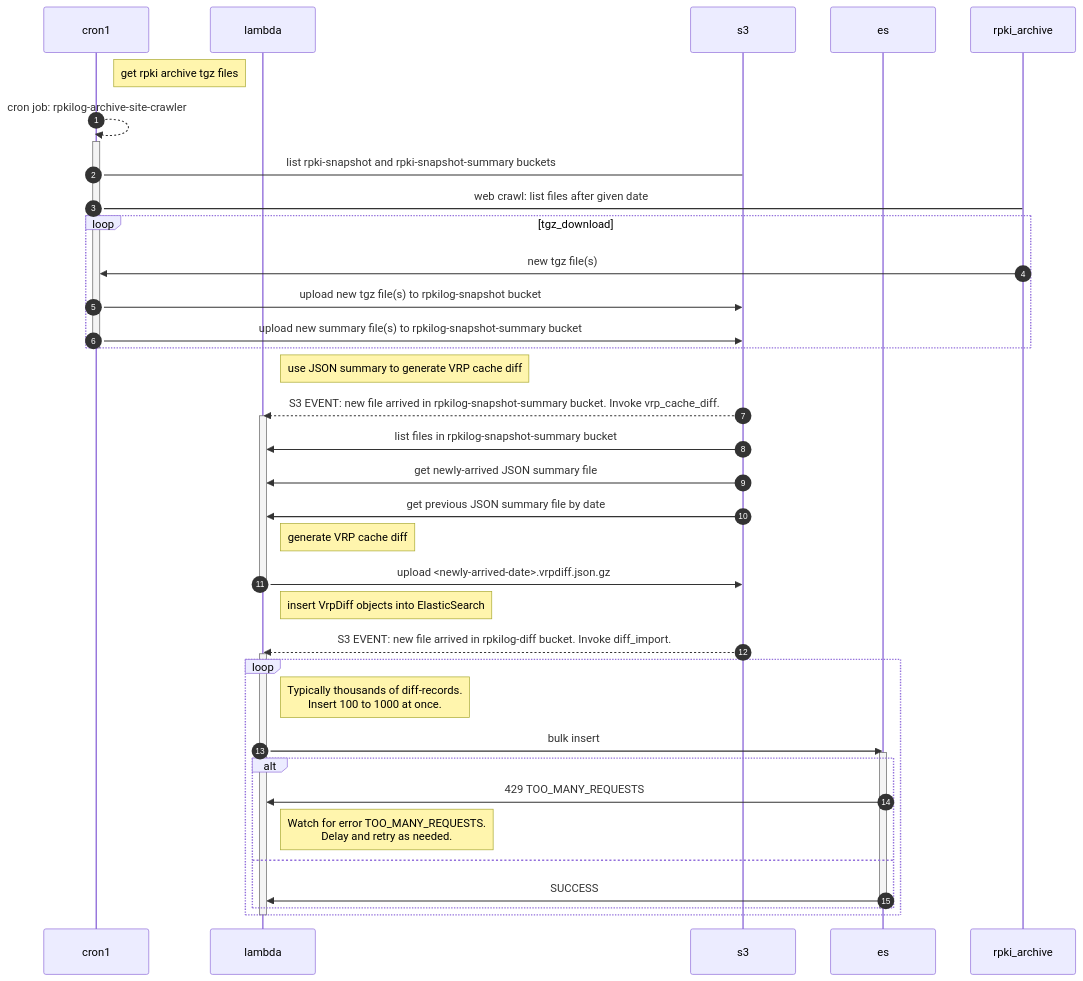
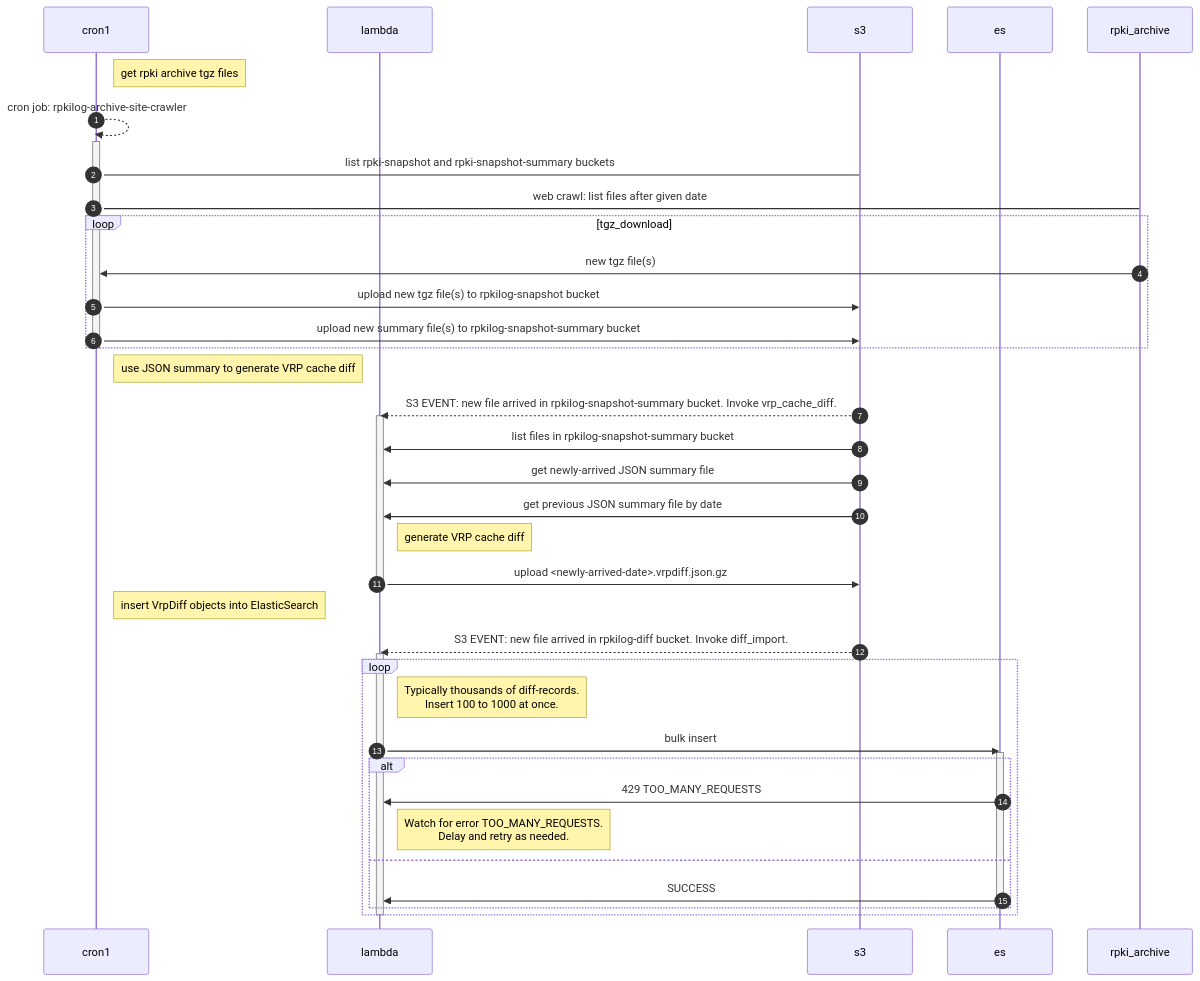
Before and after one commit to jeffsw/rpkilog: the second of 2 diagrams in README.md, drawn with Mermaid. The commit also changed other lines of this file and 2 other files, not shown here.

Commit message:
Delete doc/ingest.* as it is now in README.md.  Move pipeline.mmd chart to README.md as well.

````diff
--- a/README.md
+++ b/README.md
@@ -7,50 +27,50 @@
 ```mermaid
 sequenceDiagram
     autonumber
 
     participant cron1
     participant lambda
     participant s3
     participant es
     participant rpki_archive
 
     Note right of cron1: get rpki archive tgz files
     cron1-->>cron1: cron job: rpkilog-archive-site-crawler
     activate cron1
         cron1->s3: list rpki-snapshot and rpki-snapshot-summary buckets
         cron1->rpki_archive: web crawl: list files after given date
         loop tgz_download
             rpki_archive->>cron1: new tgz file(s)
             cron1->>s3: upload new tgz file(s) to rpkilog-snapshot bucket
             cron1->>s3: upload new summary file(s) to rpkilog-snapshot-summary bucket
         end
     deactivate cron1
 
-    Note right of lambda: use JSON summary to generate VRP cache diff
+    Note right of cron1: use JSON summary to generate VRP cache diff
     s3-->>lambda: S3 EVENT: new file arrived in rpkilog-snapshot-summary bucket.  Invoke vrp_cache_diff.
     activate lambda
     s3->>lambda: list files in rpkilog-snapshot-summary bucket
     s3->>lambda: get newly-arrived JSON summary file
     s3->>lambda: get previous JSON summary file by date
     Note right of lambda: generate VRP cache diff
     lambda->>s3: upload <newly-arrived-date>.vrpdiff.json.gz
     deactivate lambda
 
-    Note right of lambda: insert VrpDiff objects into ElasticSearch
+    Note right of cron1: insert VrpDiff objects into ElasticSearch
     s3-->>lambda: S3 EVENT: new file arrived in rpkilog-diff bucket.  Invoke diff_import.
     activate lambda
     loop
         Note right of lambda: Typically thousands of diff-records.<br>Insert 100 to 1000 at once.
         lambda->>es: bulk insert
         activate es
         alt
             es->>lambda: 429 TOO_MANY_REQUESTS
             Note right of lambda: Watch for error TOO_MANY_REQUESTS.<br>Delay and retry as needed.
         else
             es->>lambda: SUCCESS
         end
         deactivate es
     end
     deactivate lambda
 
 ```
````
